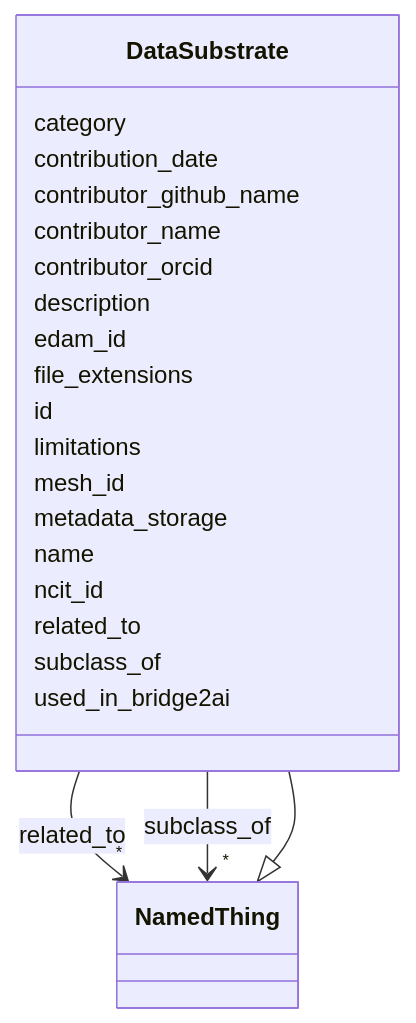
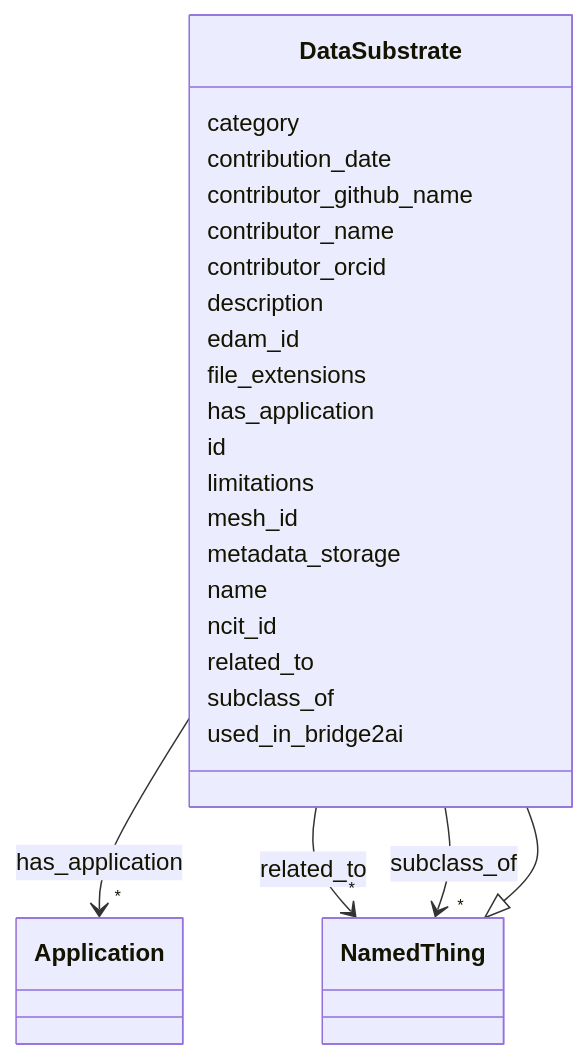
Before and after one commit to bridge2ai/standards-schemas: the diagram in docs/DataSubstrate.md, drawn with Mermaid. The commit also changed other lines of this file and 54 other files, not shown here.

Commit message:
Update schema artifacts

````diff
--- a/docs/DataSubstrate.md
+++ b/docs/DataSubstrate.md
@@ -18,61 +18,72 @@
 ```mermaid
  classDiagram
     class DataSubstrate
     click DataSubstrate href "../DataSubstrate/"
       NamedThing <|-- DataSubstrate
         click NamedThing href "../NamedThing/"
       
       DataSubstrate : category
         
       DataSubstrate : contribution_date
         
       DataSubstrate : contributor_github_name
         
       DataSubstrate : contributor_name
         
       DataSubstrate : contributor_orcid
         
       DataSubstrate : description
         
       DataSubstrate : edam_id
         
       DataSubstrate : file_extensions
+        
+      DataSubstrate : has_application
+        
+          
+    
+        
+        
+        DataSubstrate --> "*" Application : has_application
+        click Application href "../Application/"
+    
+
         
       DataSubstrate : id
         
       DataSubstrate : limitations
         
       DataSubstrate : mesh_id
         
       DataSubstrate : metadata_storage
         
       DataSubstrate : name
         
       DataSubstrate : ncit_id
         
       DataSubstrate : related_to
         
           
     
         
         
         DataSubstrate --> "*" NamedThing : related_to
         click NamedThing href "../NamedThing/"
     
 
         
       DataSubstrate : subclass_of
         
           
     
         
         
         DataSubstrate --> "*" NamedThing : subclass_of
         click NamedThing href "../NamedThing/"
     
 
         
       DataSubstrate : used_in_bridge2ai
         
       
 ```
````
